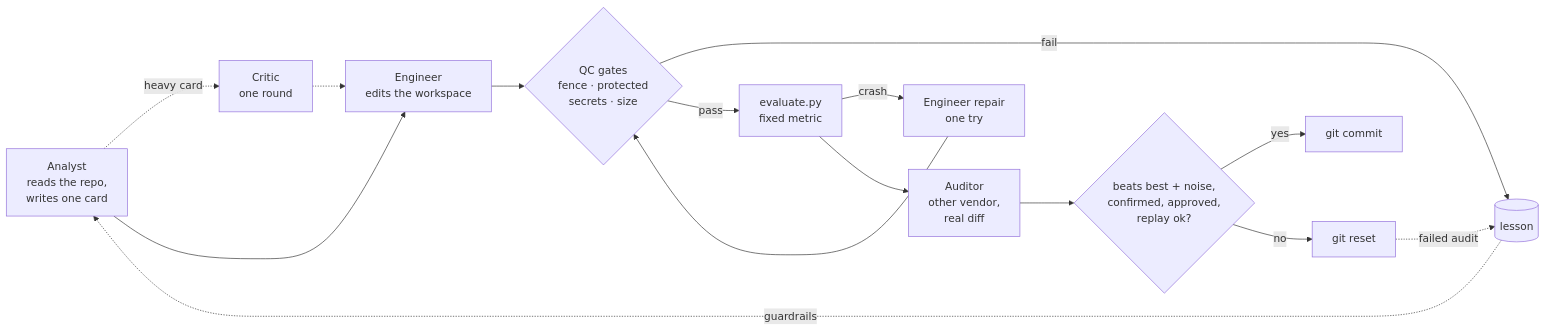
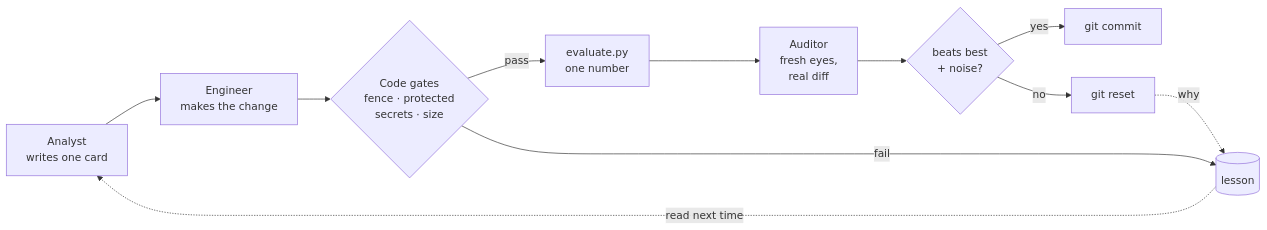
The diagram in README.md (johnha912/keeploop), drawn with Mermaid before and after one commit. The commit also changed other lines of this file and 1 other file, not shown here.

````diff
--- a/README.md
+++ b/README.md
@@ -180,17 +172,13 @@
 ```mermaid
 flowchart LR
-    A[Analyst<br/>reads the repo,<br/>writes one card] -. heavy card .-> X[Critic<br/>one round]
-    X -.-> E
-    A --> E[Engineer<br/>edits the workspace]
-    E --> G{QC gates<br/>fence · protected<br/>secrets · size}
-    G -- fail --> L[(lesson)]
-    G -- pass --> V[evaluate.py<br/>fixed metric]
-    V -- crash --> R[Engineer repair<br/>one try]
-    R --> G
-    V --> U[Auditor<br/>other vendor,<br/>real diff]
-    U --> C{beats best + noise,<br/>confirmed, approved,<br/>replay ok?}
+    A[Analyst<br/>writes one card] --> E[Engineer<br/>makes the change]
+    E --> G{Code gates<br/>fence · protected<br/>secrets · size}
+    G -- pass --> V[evaluate.py<br/>one number]
+    V --> U[Auditor<br/>fresh eyes,<br/>real diff]
+    U --> C{beats best<br/>+ noise?}
     C -- yes --> K[git commit]
     C -- no --> D[git reset]
-    D -. failed audit .-> L
-    L -. guardrails .-> A
+    G -- fail --> L[(lesson)]
+    D -. why .-> L
+    L -. read next time .-> A
 ```
````
